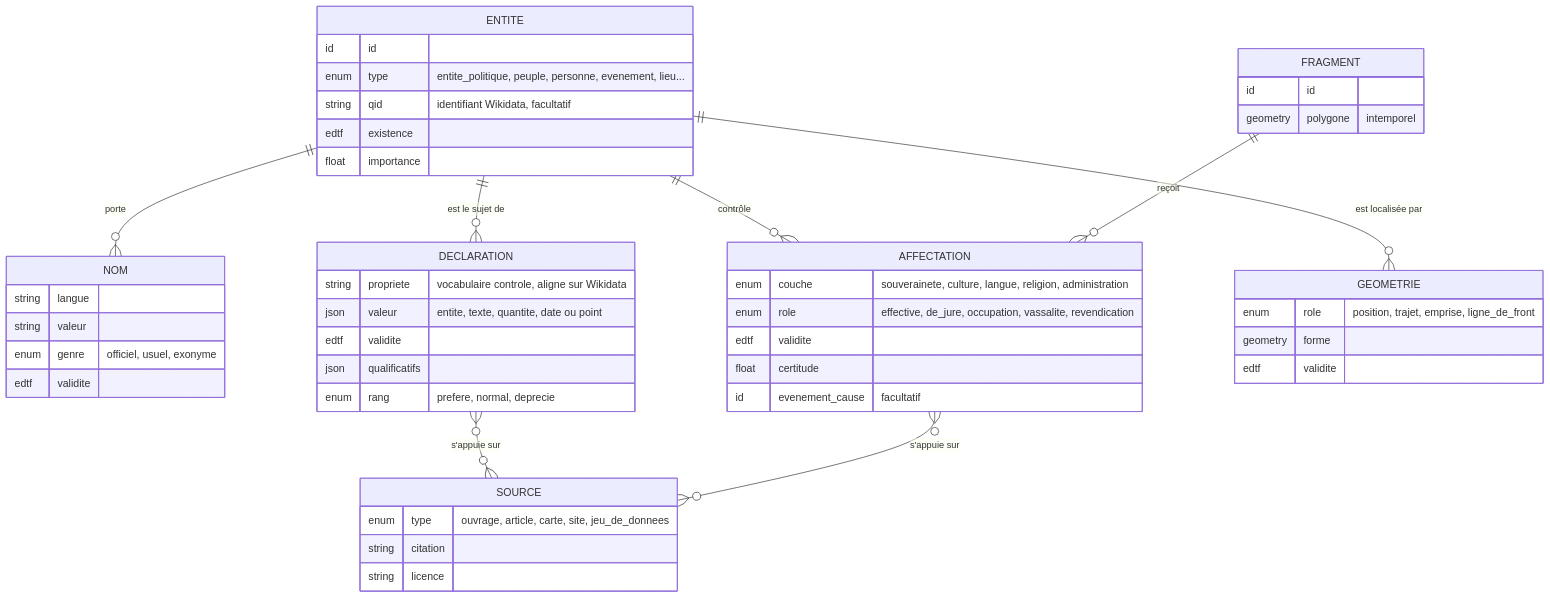
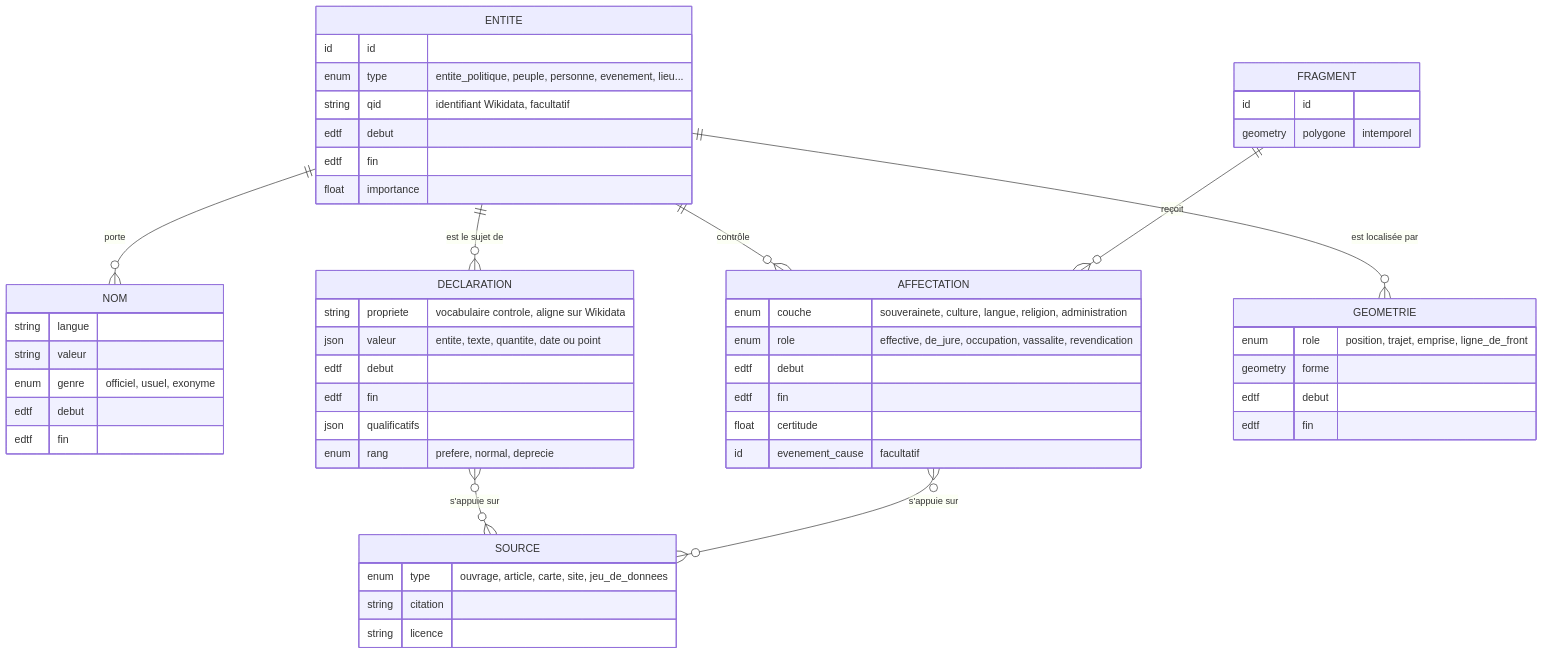
Before and after one commit to adrienvada/WikiMap: the first of 2 diagrams in docs/PLAN.md, drawn with Mermaid. The commit also changed other lines of this file, not shown here.

````diff
--- a/docs/PLAN.md
+++ b/docs/PLAN.md
@@ -355,51 +369,56 @@
 ```mermaid
 erDiagram
     ENTITE ||--o{ NOM : "porte"
     ENTITE ||--o{ DECLARATION : "est le sujet de"
     ENTITE ||--o{ AFFECTATION : "contrôle"
     FRAGMENT ||--o{ AFFECTATION : "reçoit"
     ENTITE ||--o{ GEOMETRIE : "est localisée par"
     DECLARATION }o--o{ SOURCE : "s'appuie sur"
     AFFECTATION }o--o{ SOURCE : "s'appuie sur"
     ENTITE {
         id id
         enum type "entite_politique, peuple, personne, evenement, lieu..."
         string qid "identifiant Wikidata, facultatif"
-        edtf existence
+        edtf debut
+        edtf fin
         float importance
     }
     NOM {
         string langue
         string valeur
         enum genre "officiel, usuel, exonyme"
-        edtf validite
+        edtf debut
+        edtf fin
     }
     DECLARATION {
         string propriete "vocabulaire controle, aligne sur Wikidata"
         json valeur "entite, texte, quantite, date ou point"
-        edtf validite
+        edtf debut
+        edtf fin
         json qualificatifs
         enum rang "prefere, normal, deprecie"
     }
     FRAGMENT {
         id id
         geometry polygone "intemporel"
     }
     AFFECTATION {
         enum couche "souverainete, culture, langue, religion, administration"
         enum role "effective, de_jure, occupation, vassalite, revendication"
-        edtf validite
+        edtf debut
+        edtf fin
         float certitude
         id evenement_cause "facultatif"
     }
     GEOMETRIE {
         enum role "position, trajet, emprise, ligne_de_front"
         geometry forme
-        edtf validite
+        edtf debut
+        edtf fin
     }
     SOURCE {
         enum type "ouvrage, article, carte, site, jeu_de_donnees"
         string citation
         string licence
     }
 ```
````
